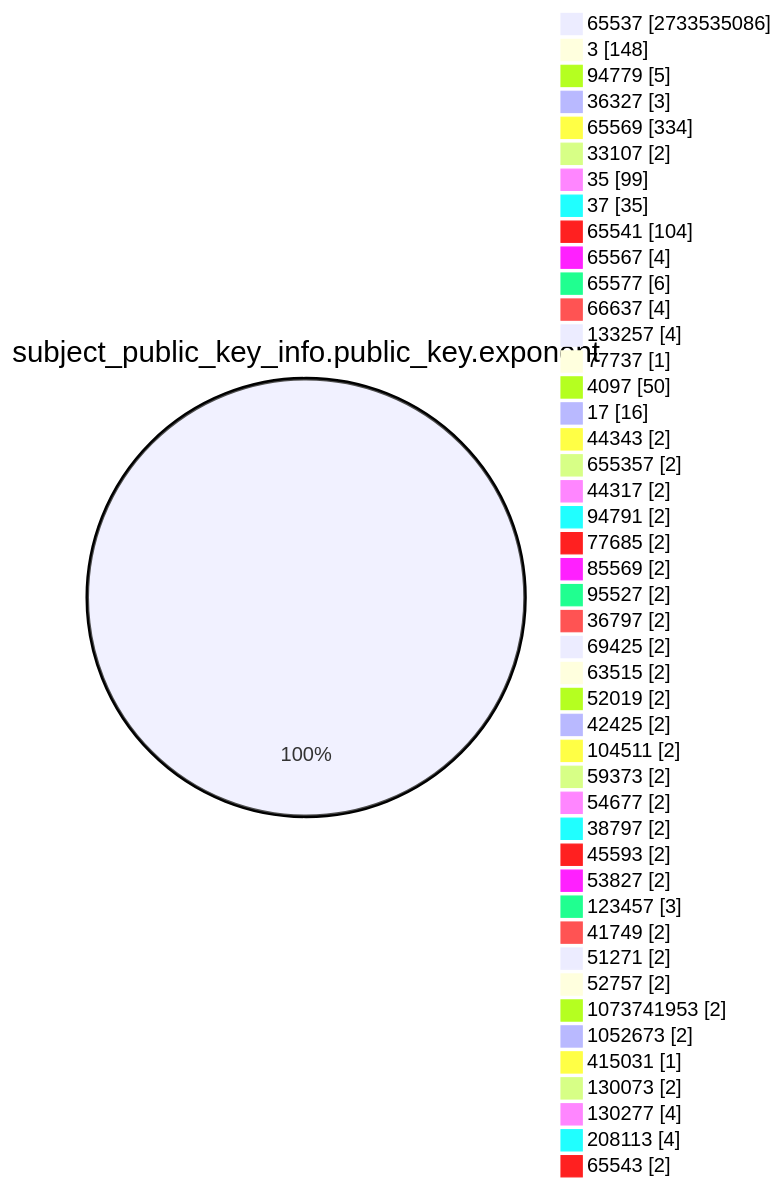
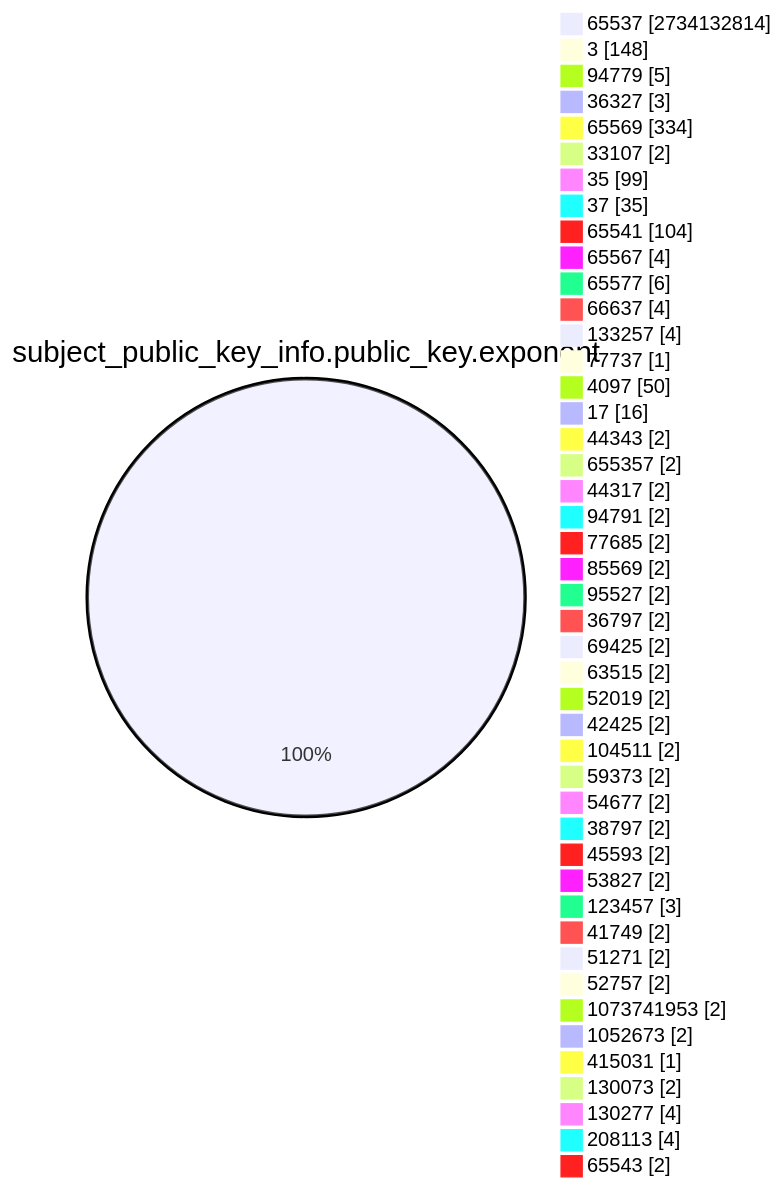
The fourth of 15 diagrams in TOTAL/README.md (christiankrug/ctmonitor_visualization), drawn with Mermaid before and after one commit. The commit also changed other lines of this file, not shown here.

````diff
--- a/TOTAL/README.md
+++ b/TOTAL/README.md
@@ -1467,49 +1467,49 @@
 ```mermaid
 pie showData
 title subject_public_key_info.public_key.exponent
-"65537" :2733535086
+"65537" :2734132814
 "3" :148
 "94779" :5
 "36327" :3
 "65569" :334
 "33107" :2
 "35" :99
 "37" :35
 "65541" :104
 "65567" :4
 "65577" :6
 "66637" :4
 "133257" :4
 "77737" :1
 "4097" :50
 "17" :16
 "44343" :2
 "655357" :2
 "44317" :2
 "94791" :2
 "77685" :2
 "85569" :2
 "95527" :2
 "36797" :2
 "69425" :2
 "63515" :2
 "52019" :2
 "42425" :2
 "104511" :2
 "59373" :2
 "54677" :2
 "38797" :2
 "45593" :2
 "53827" :2
 "123457" :3
 "41749" :2
 "51271" :2
 "52757" :2
 "1073741953" :2
 "1052673" :2
 "415031" :1
 "130073" :2
 "130277" :4
 "208113" :4
 "65543" :2
 ```
````
